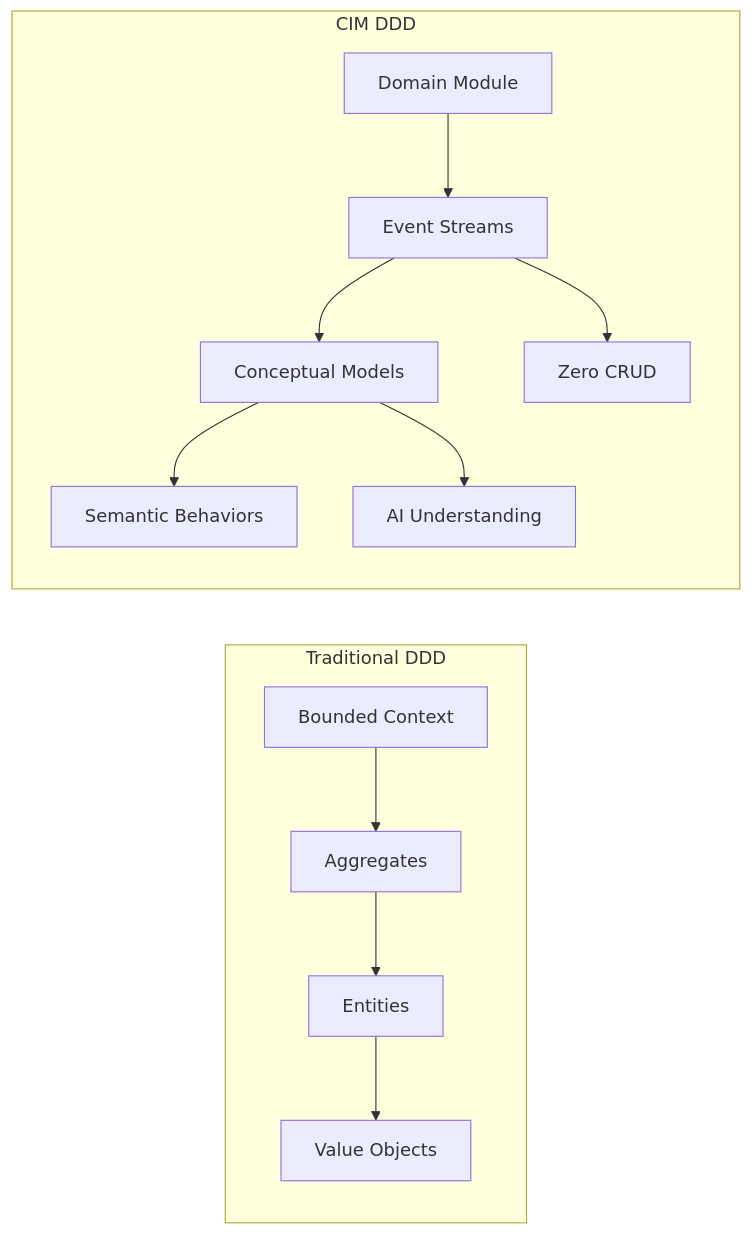
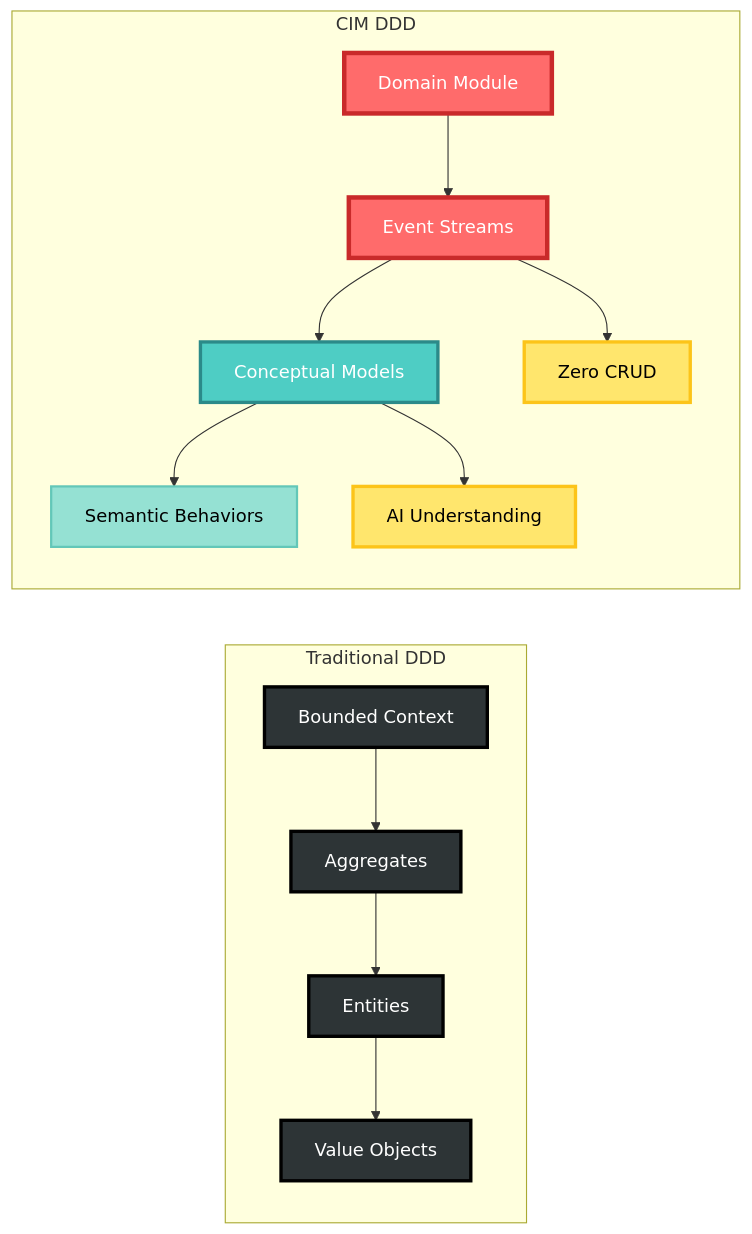
Before and after one commit to TheCowboyAI/cim: the second of 6 diagrams in doc/cim_comprehensive_manual.md, drawn with Mermaid. The commit also changed other lines of this file and 12 other files, not shown here.

````diff
--- a/doc/cim_comprehensive_manual.md
+++ b/doc/cim_comprehensive_manual.md
@@ -78,17 +86,29 @@
 ```mermaid
 graph LR
     subgraph "Traditional DDD"
         A[Bounded Context] --> B[Aggregates]
         B --> C[Entities]
         C --> D[Value Objects]
     end
     
     subgraph "CIM DDD"
         E[Domain Module] --> F[Event Streams]
         F --> G[Conceptual Models]
         G --> H[Semantic Behaviors]
         
         F --> I[Zero CRUD]
         G --> J[AI Understanding]
     end
+    
+    %% Styling - traditional as gray, CIM as vibrant
+    style A fill:#2D3436,stroke:#000,stroke-width:3px,color:#FFF
+    style B fill:#2D3436,stroke:#000,stroke-width:3px,color:#FFF
+    style C fill:#2D3436,stroke:#000,stroke-width:3px,color:#FFF
+    style D fill:#2D3436,stroke:#000,stroke-width:3px,color:#FFF
+    style E fill:#FF6B6B,stroke:#C92A2A,stroke-width:4px,color:#FFF
+    style F fill:#FF6B6B,stroke:#C92A2A,stroke-width:4px,color:#FFF
+    style G fill:#4ECDC4,stroke:#2B8A89,stroke-width:3px,color:#FFF
+    style H fill:#95E1D3,stroke:#63C7B8,stroke-width:2px,color:#000
+    style I fill:#FFE66D,stroke:#FCC419,stroke-width:3px,color:#000
+    style J fill:#FFE66D,stroke:#FCC419,stroke-width:3px,color:#000
 ```
````
